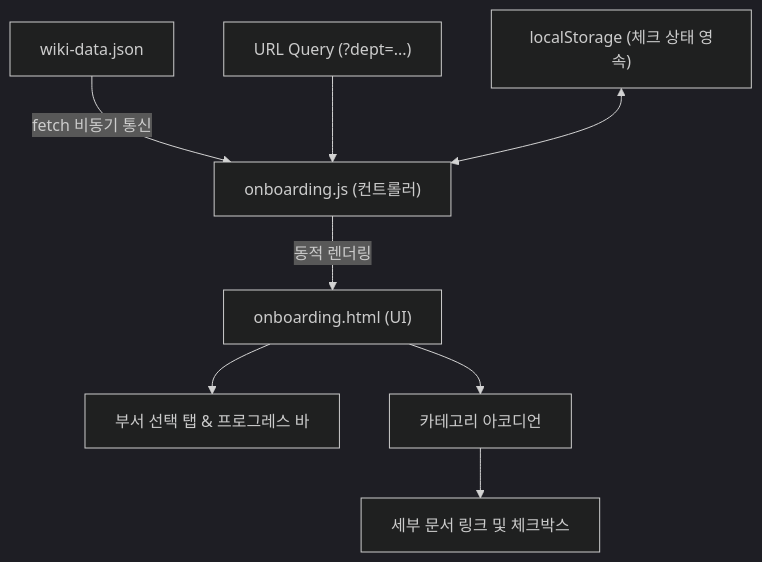
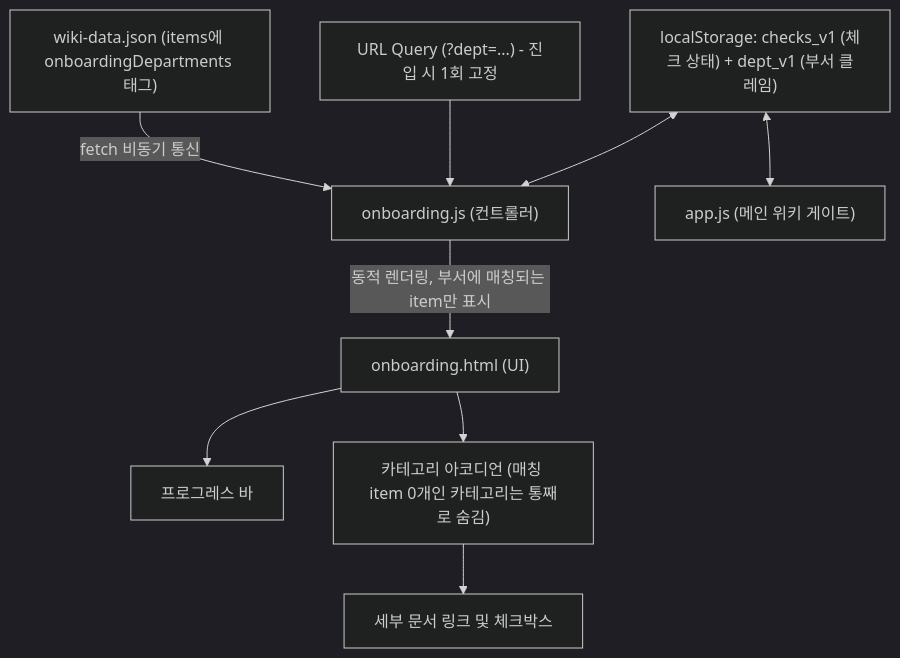
Before and after one commit to junghwaYang/team-wiki: the diagram in handoff.md, drawn with Mermaid (dark theme). The commit also changed other lines of this file and 5 other files, not shown here.

````diff
--- a/handoff.md
+++ b/handoff.md
@@ -44,10 +45,11 @@
 ```mermaid
 flowchart TD
-    A["wiki-data.json"] -->|fetch 비동기 통신| B["onboarding.js (컨트롤러)"]
-    C["URL Query (?dept=...)"] --> B
-    D["localStorage (체크 상태 영속)"] <--> B
-    B -->|동적 렌더링| E["onboarding.html (UI)"]
-    E --> F["부서 선택 탭 & 프로그레스 바"]
-    E --> G["카테고리 아코디언"]
+    A["wiki-data.json (items에 onboardingDepartments 태그)"] -->|fetch 비동기 통신| B["onboarding.js (컨트롤러)"]
+    C["URL Query (?dept=...) - 진입 시 1회 고정"] --> B
+    D["localStorage: checks_v1 (체크 상태) + dept_v1 (부서 클레임)"] <--> B
+    D <--> I["app.js (메인 위키 게이트)"]
+    B -->|동적 렌더링, 부서에 매칭되는 item만 표시| E["onboarding.html (UI)"]
+    E --> F["프로그레스 바"]
+    E --> G["카테고리 아코디언 (매칭 item 0개인 카테고리는 통째로 숨김)"]
     G --> H["세부 문서 링크 및 체크박스"]
 ```
````
